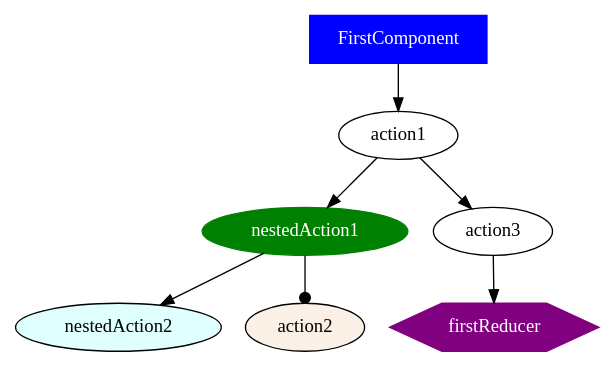
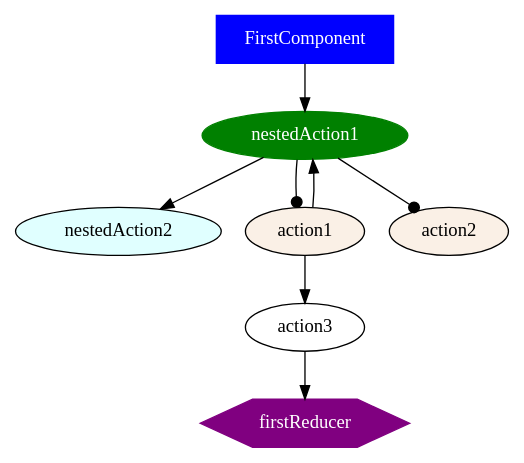
One commit to ammarnajjar/ngrx-graph changed the diagram in docs/examples/case2/nestedAction1.dot. Above: the diagram before and after it, drawn with Graphviz. The commit also changed 6 other files, not shown here.

Commit message:
refactor action flow and update nested actions in case2 examples

```diff
--- a/docs/examples/case2/nestedAction1.dot
+++ b/docs/examples/case2/nestedAction1.dot
@@ -1,14 +1,16 @@
 digraph {
 FirstComponent [shape="box", color=blue, fillcolor=blue, fontcolor=white, style=filled]
-FirstComponent -> action1
 nestedAction1 [color=black, fillcolor=lightcyan, fontcolor=black, style=filled]
 nestedAction1 [color=green, fillcolor=green, fontcolor=white, style=filled]
+FirstComponent -> nestedAction1
 nestedAction2 [color=black, fillcolor=lightcyan, fontcolor=black, style=filled]
 nestedAction1 -> nestedAction2
 action1 -> nestedAction1
 action1 -> action3
+action1 [fillcolor=linen, style=filled]
+nestedAction1 -> action1 [arrowhead=dot]
 action2 [fillcolor=linen, style=filled]
 nestedAction1 -> action2 [arrowhead=dot]
 firstReducer [shape="hexagon", color=purple, fillcolor=purple, fontcolor=white, style=filled]
 action3 -> firstReducer
 }
```
